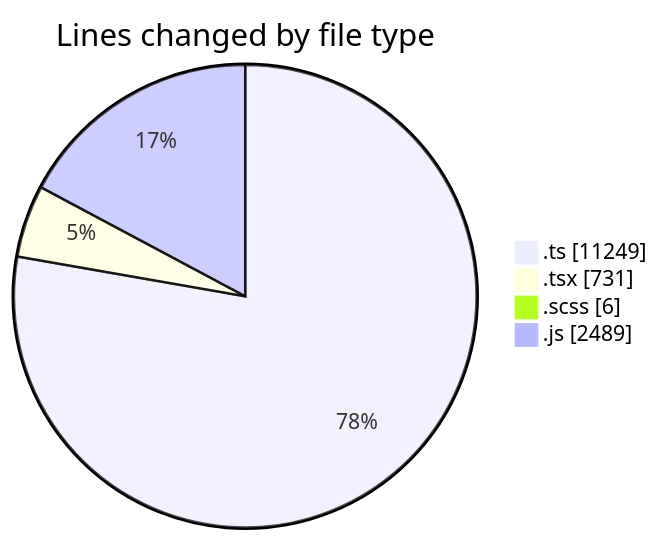
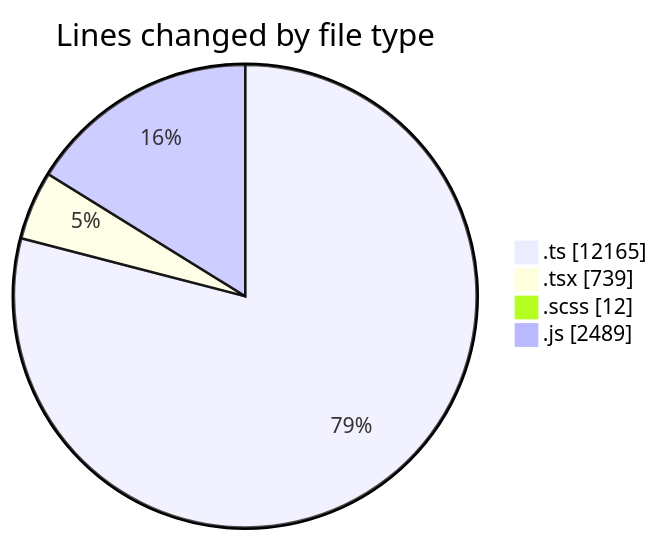
Before and after one commit to momahboobian/code-tracking: the first of 2 diagrams in 2026-03-17/cda/README.md, drawn with Mermaid. The commit also changed other lines of this file and 1 other file, not shown here.

````diff
--- a/2026-03-17/cda/README.md
+++ b/2026-03-17/cda/README.md
@@ -37,8 +39,8 @@
 ```mermaid
 pie showData
 title Lines changed by file type
-".ts" : 11249
-".tsx" : 731
-".scss" : 6
+".ts" : 12165
+".tsx" : 739
+".scss" : 12
 ".js" : 2489
 ```
````
